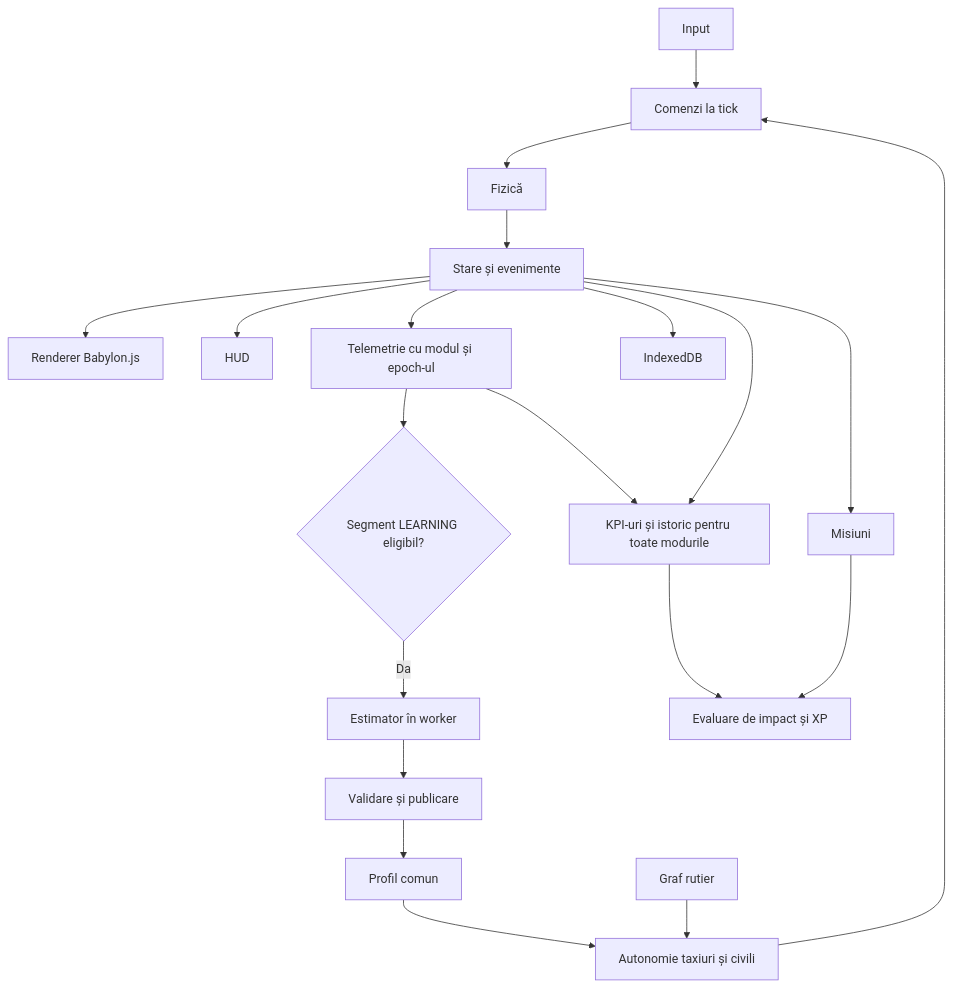
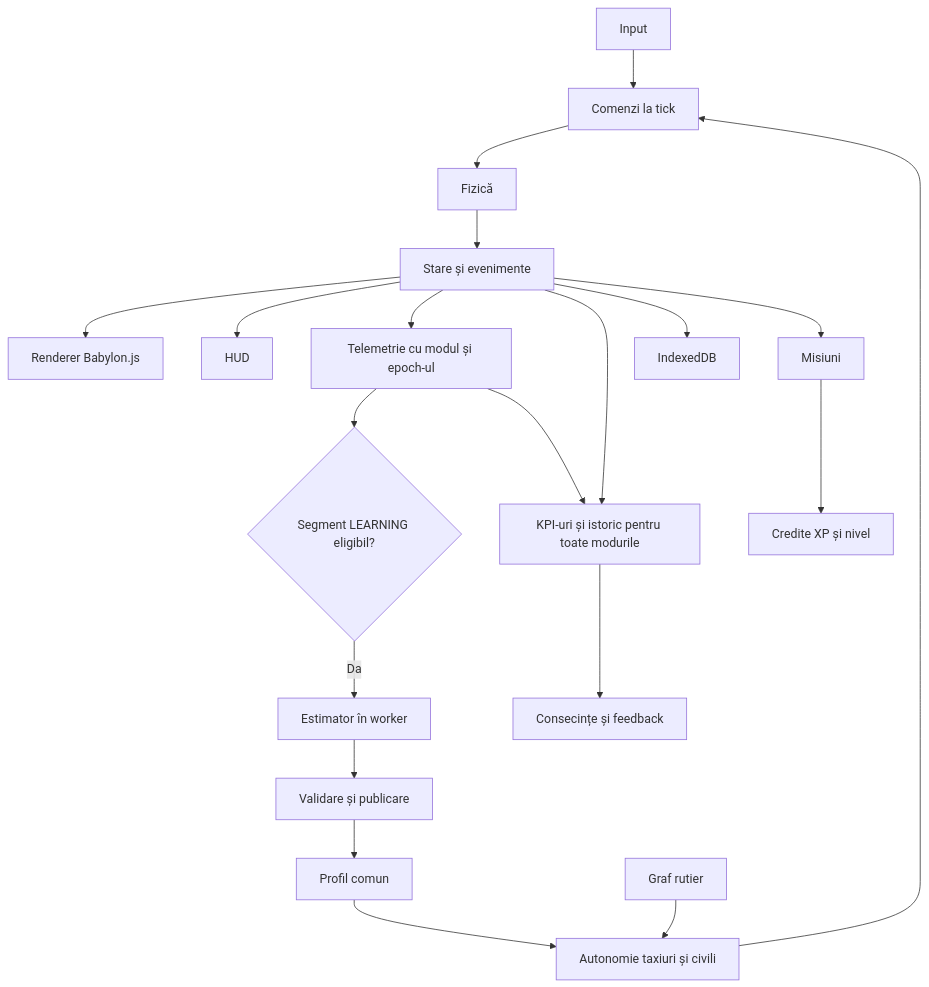
One commit to AndreiTelteu/self-driving-academy changed the diagram in Docs/02-arhitectura-si-contracte.md. Above: the diagram before and after it, drawn with Mermaid. The commit also changed other lines of this file and 61 other files, not shown here.

````diff
--- a/Docs/02-arhitectura-si-contracte.md
+++ b/Docs/02-arhitectura-si-contracte.md
@@ -50,22 +53,22 @@
 ```mermaid
 flowchart TD
   Input[Input] --> Commands[Comenzi la tick]
   Profiles[Profil comun] --> AI[Autonomie taxiuri și civili]
   World[Graf rutier] --> AI
   AI --> Commands
   Commands --> Physics[Fizică]
   Physics --> Snapshot[Stare și evenimente]
   Snapshot --> Babylon[Renderer Babylon.js]
   Snapshot --> UI[HUD]
   Snapshot --> Telemetry[Telemetrie cu modul și epoch-ul]
   Telemetry --> Eligible{Segment LEARNING eligibil?}
   Eligible -->|Da| Learning[Estimator în worker]
   Telemetry --> Metrics[KPI-uri și istoric pentru toate modurile]
   Learning --> Publish[Validare și publicare]
   Publish --> Profiles
   Snapshot --> Missions[Misiuni]
   Snapshot --> Metrics
-  Metrics --> Progress[Evaluare de impact și XP]
-  Missions --> Progress
+  Metrics --> Feedback[Consecințe și feedback]
+  Missions --> Progress[Credite XP și nivel]
   Snapshot --> Save[IndexedDB]
 ```
````
